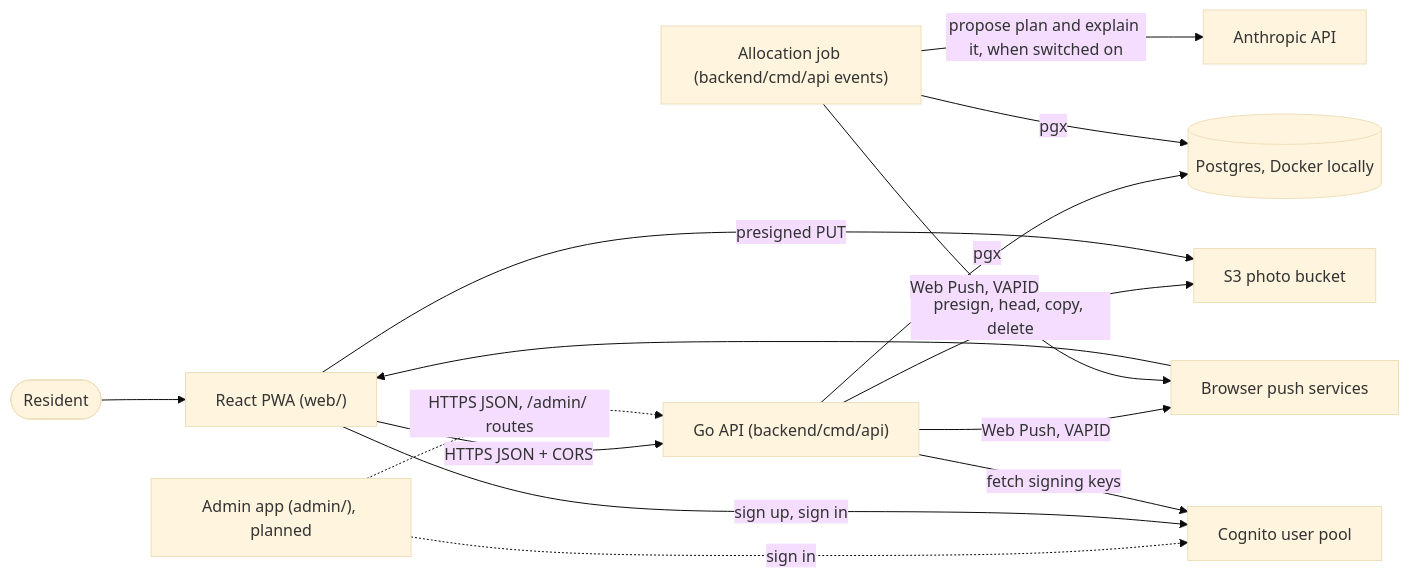
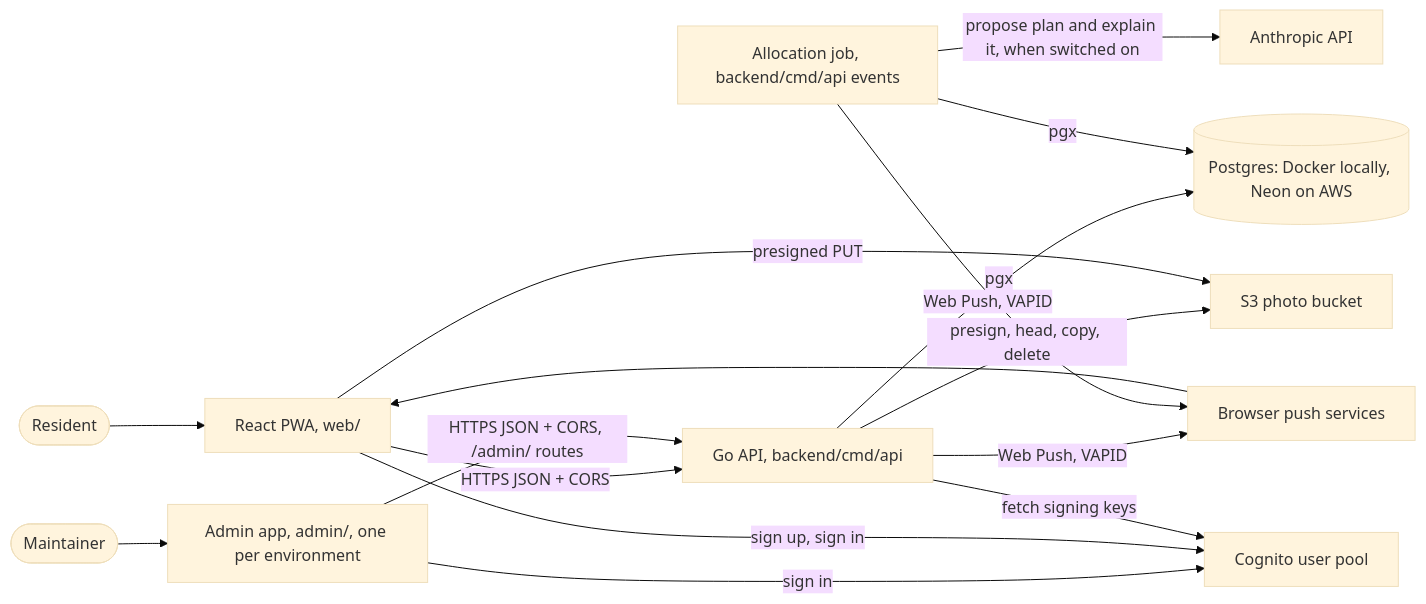
One commit to AbnerWillclefy/Homeowner changed the second of 2 diagrams in docs/architecture/system-context.md. Above: the diagram before and after it, drawn with Mermaid (base theme). The commit also changed other lines of this file, not shown here.

Commit message:
docs(architecture): show the maintainer and the admin app as built

````diff
--- a/docs/architecture/system-context.md
+++ b/docs/architecture/system-context.md
@@ -32,28 +34,30 @@
 ```mermaid
 flowchart LR
     R([Resident])
-    PWA["React PWA (web/)"]
-    API["Go API (backend/cmd/api)"]
-    DB[("Postgres, Docker locally")]
-    ALLOC["Allocation job (backend/cmd/api events)"]
+    MT([Maintainer])
+    PWA["React PWA, web/"]
+    API["Go API, backend/cmd/api"]
+    DB[("Postgres: Docker locally, Neon on AWS")]
+    ALLOC["Allocation job, backend/cmd/api events"]
     COG["Cognito user pool"]
     LLM["Anthropic API"]
     PUSH["Browser push services"]
     S3["S3 photo bucket"]
 
     R --> PWA
     PWA -->|HTTPS JSON + CORS| API
     API -->|pgx| DB
     API -->|Web Push, VAPID| PUSH
     API -->|presign, head, copy, delete| S3
     PWA -->|presigned PUT| S3
-    ADMIN["Admin app (admin/), planned"]
-    ADMIN -.->|"HTTPS JSON, /admin/ routes"| API
-    ADMIN -.->|sign in| COG
+    ADMIN["Admin app, admin/, one per environment"]
+    MT --> ADMIN
+    ADMIN -->|"HTTPS JSON + CORS, /admin/ routes"| API
+    ADMIN -->|sign in| COG
     PUSH --> PWA
     PWA -->|sign up, sign in| COG
     API -->|fetch signing keys| COG
     ALLOC -->|pgx| DB
     ALLOC -->|propose plan and explain it, when switched on| LLM
     ALLOC -->|Web Push, VAPID| PUSH
 ```
````
